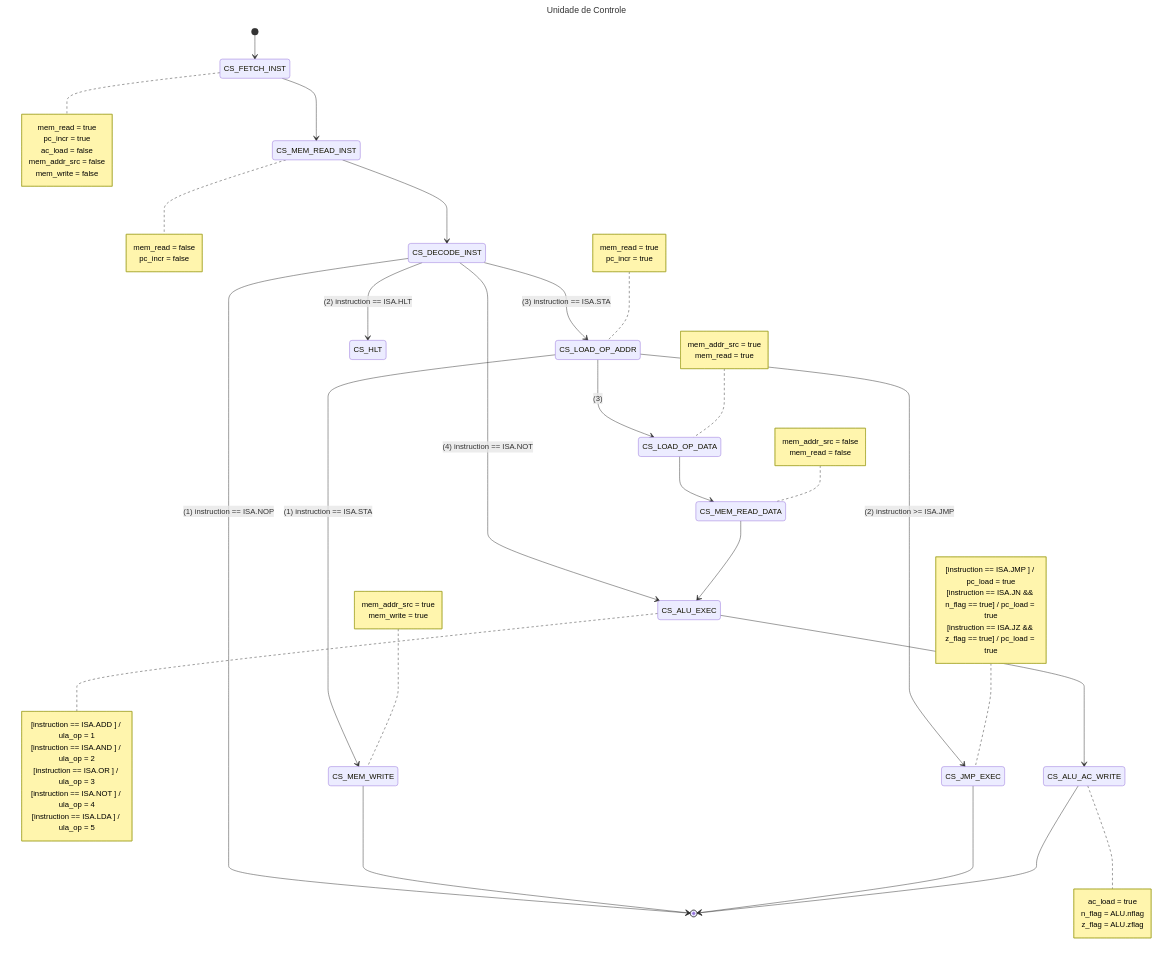
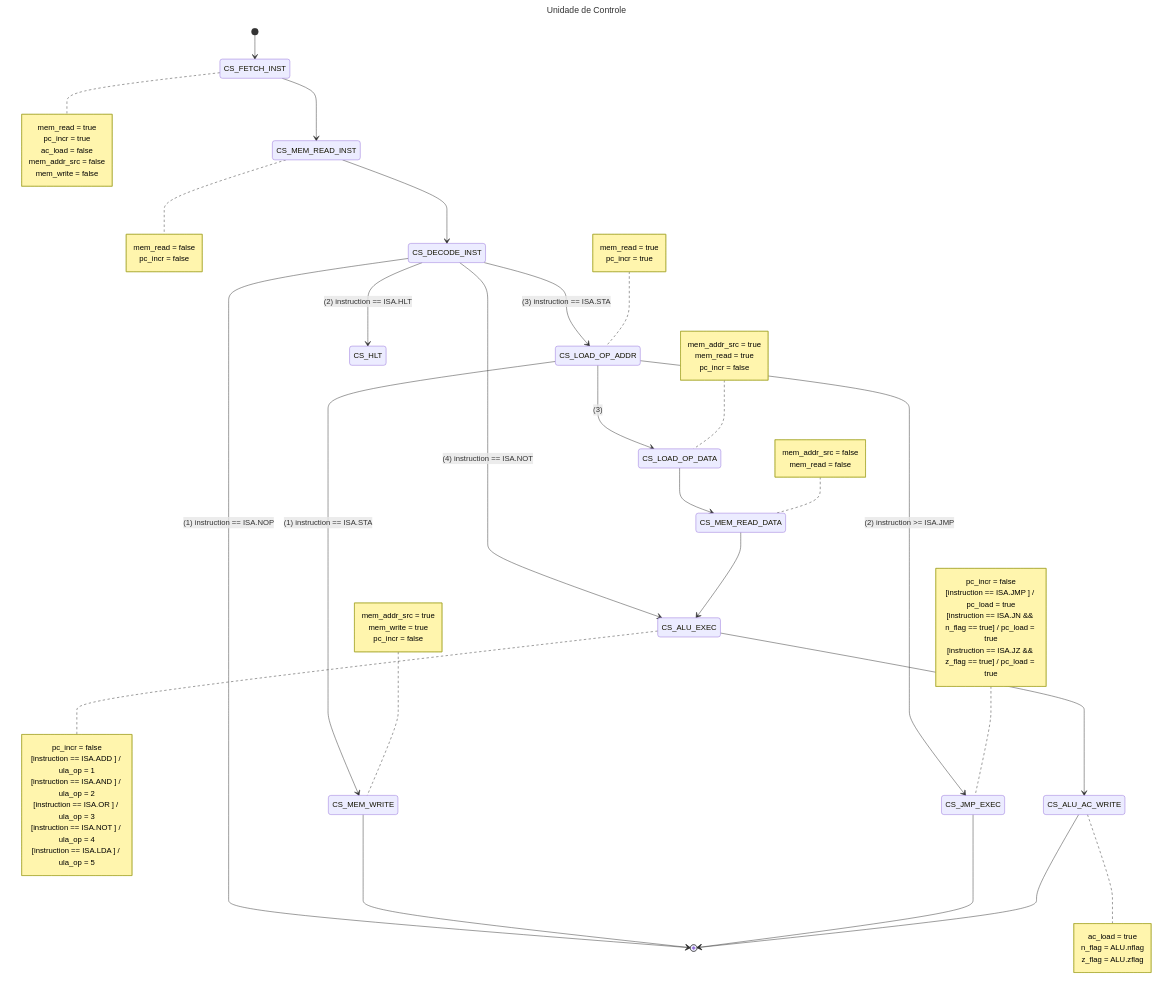
One commit to ArielRM/EMB22109 changed the diagram in README.md. Above: the diagram before and after it, drawn with Mermaid.

Commit message:
Fix state diagram [pc_inc = false]

```diff
--- a/README.md
+++ b/README.md
@@ -64,6 +64,7 @@
     note left of s4
         mem_addr_src = true
         mem_read = true
+        pc_incr = false
     end note
 
     note left of s5
@@ -74,9 +75,11 @@
     note left of s6
         mem_addr_src = true
         mem_write = true
+        pc_incr = false
     end note
 
     note left of s7
+        pc_incr = false
         [instruction == ISA.JMP ] / pc_load = true
         [instruction == ISA.JN && n_flag == true] / pc_load = true
         [instruction == ISA.JZ && z_flag == true] / pc_load = true
@@ -89,6 +92,7 @@
     end note
 
     note right of s9
+        pc_incr = false
         [instruction == ISA.ADD ] / ula_op = 1
         [instruction == ISA.AND ] / ula_op = 2
         [instruction == ISA.OR ] / ula_op = 3
```
